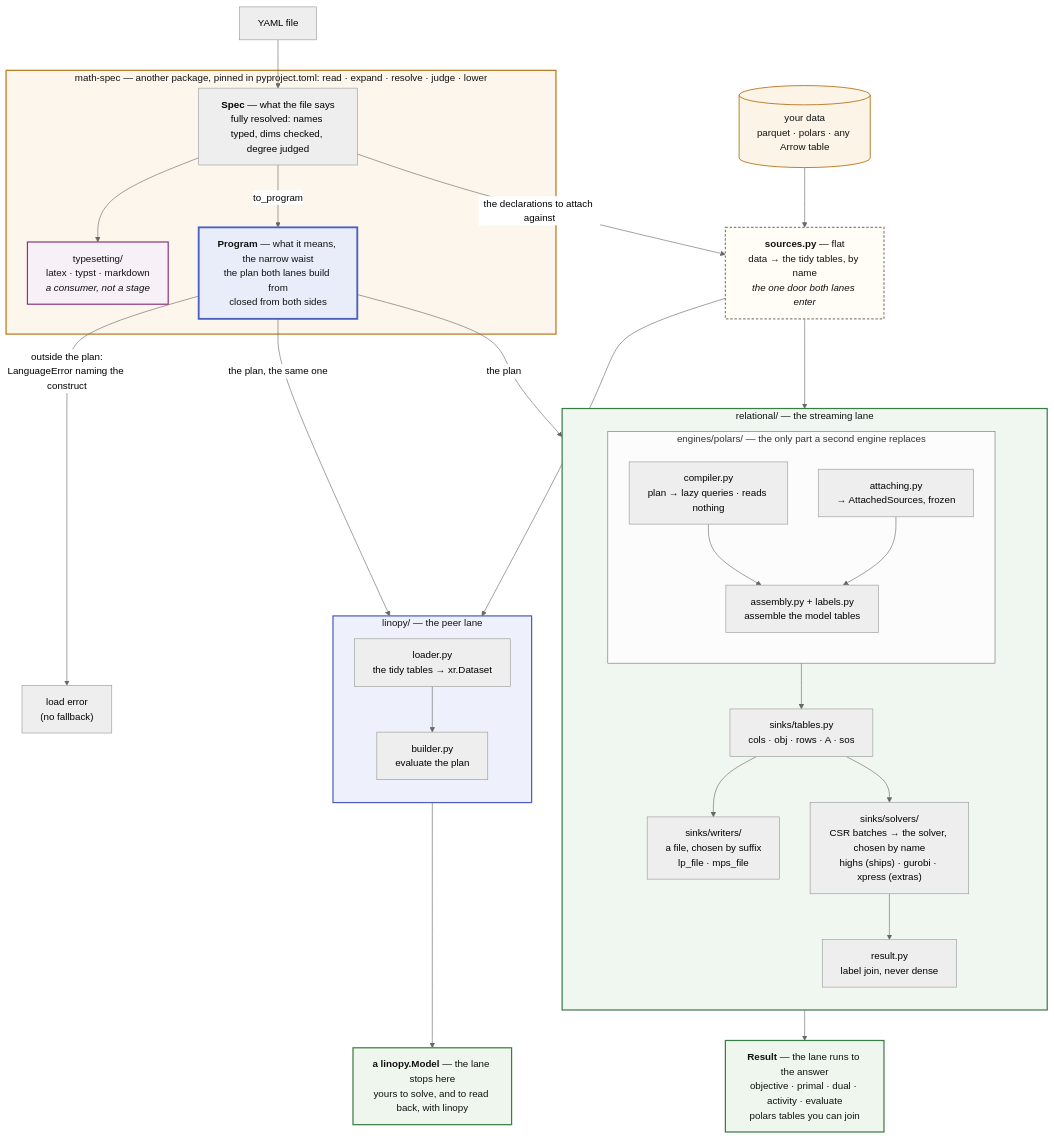
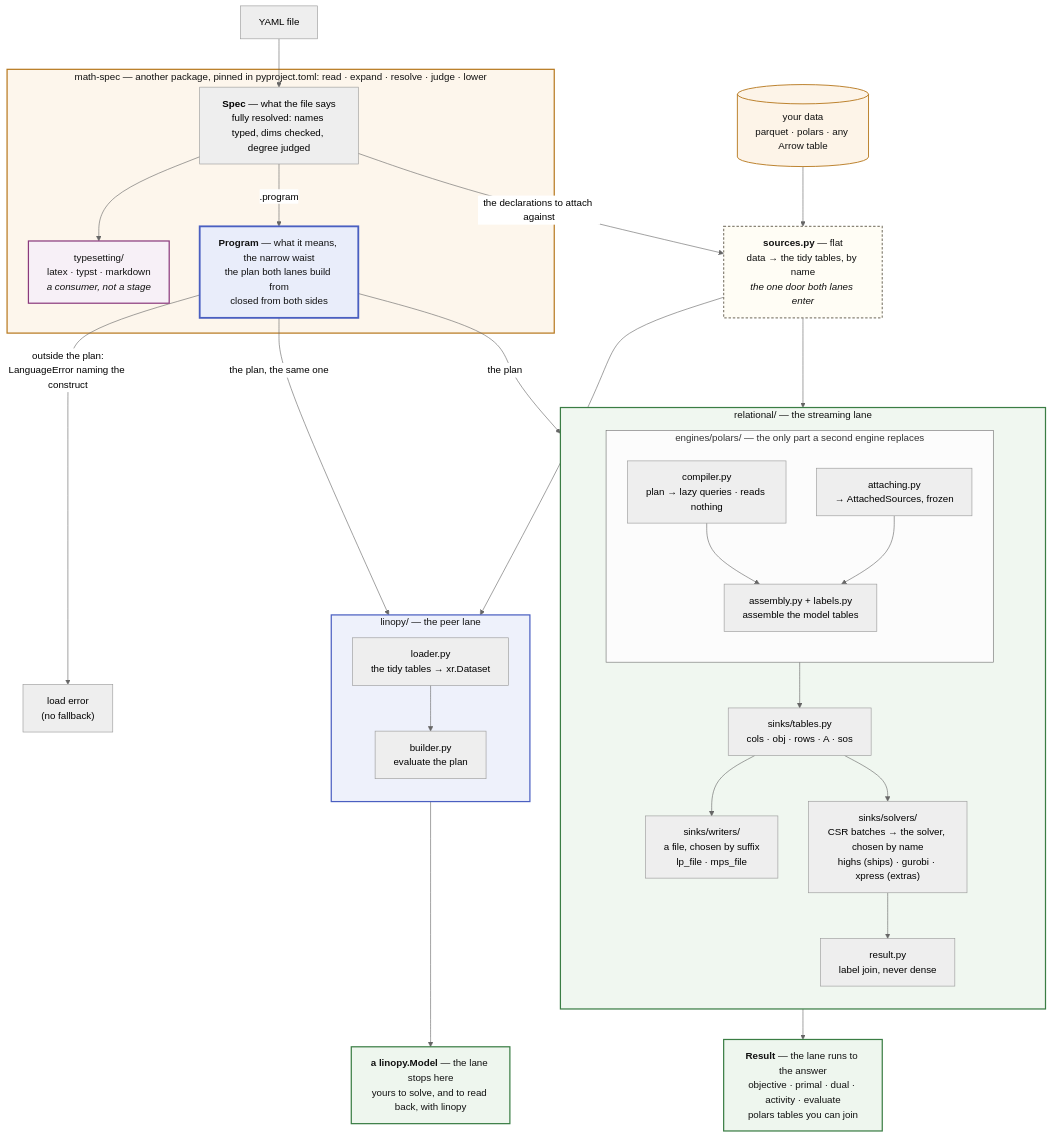
The first of 2 diagrams in docs/about/architecture.md (fluxopt/lpspec), drawn with Mermaid (neutral theme) before and after one commit. The commit also changed other lines of this file and 32 other files, not shown here.

First line of the commit message:
build(deps): math-spec 0.0.0-alpha.121, where a model carries its own program and nothing is expanded unasked (#1722)

````diff
--- a/docs/about/architecture.md
+++ b/docs/about/architecture.md
@@ -59,59 +59,59 @@
 ```mermaid
 flowchart TB
     Y[YAML file] --> SPEC
     DATA[("your data<br/>parquet · polars · any Arrow table")] --> SRC
 
     subgraph MS["math-spec — another package, pinned in pyproject.toml: read · expand · resolve · judge · lower"]
         SPEC["<b>Spec</b> — what the file says<br/>fully resolved: names typed, dims checked, degree judged"]
         SPEC --> TS["typesetting/<br/>latex · typst · markdown<br/><i>a consumer, not a stage</i>"]
-        SPEC -->|"to_program"| PLAN["<b>Program</b> — what it means, the narrow waist<br/>the plan both lanes build from<br/>closed from both sides"]
+        SPEC -->|".program"| PLAN["<b>Program</b> — what it means, the narrow waist<br/>the plan both lanes build from<br/>closed from both sides"]
     end
 
     SPEC -->|"the declarations to attach against"| SRC
     SRC["<b>sources.py</b> — flat<br/>data → the tidy tables, by name<br/><i>the one door both lanes enter</i>"]
 
     PLAN -->|"outside the plan:<br/>LanguageError naming the construct"| ERR["load error<br/>(no fallback)"]
     PLAN -->|"the plan"| COMP
     SRC --> ATTACH
     PLAN -->|"the plan, the same one"| BUILD
     SRC --> LOAD
 
     subgraph REL["relational/ — the streaming lane"]
         direction TB
         subgraph ENG["engines/polars/ — the only part a second engine replaces"]
             direction TB
             COMP["compiler.py<br/>plan → lazy queries · reads nothing"] --> ENGINE
             ATTACH["attaching.py<br/>→ AttachedSources, frozen"] --> ENGINE["assembly.py + labels.py<br/>assemble the model tables"]
         end
         ENG --> TABLES["sinks/tables.py<br/>cols · obj · rows · A · sos"]
         TABLES --> LPS["sinks/writers/<br/>a file, chosen by suffix<br/>lp_file · mps_file"]
         TABLES --> DIRECT["sinks/solvers/<br/>CSR batches → the solver, chosen by name<br/>highs (ships) · gurobi · xpress (extras)"]
         DIRECT --> SOL["result.py<br/>label join, never dense"]
     end
 
     SOL --> ANS["<b>Result</b> — the lane runs to the answer<br/>objective · primal · dual · activity · evaluate<br/>polars tables you can join"]
 
     subgraph LIN["linopy/ — the peer lane"]
         direction TB
         LOAD["loader.py<br/>the tidy tables → xr.Dataset"] --> BUILD["builder.py<br/>evaluate the plan"]
     end
 
     BUILD --> MODEL["<b>a linopy.Model</b> — the lane stops here<br/>yours to solve, and to read back, with linopy"]
 
     classDef laneL fill:#fdf6ec,stroke:#b7791f,stroke-width:2px,color:#111
     classDef laneR fill:#f0f7f0,stroke:#3a7d44,stroke-width:2px,color:#111
     classDef laneE fill:#eef1fb,stroke:#4a5fc1,stroke-width:2px,color:#111
     classDef laneT fill:#f7f0f7,stroke:#8b3a7d,stroke-width:2px,color:#111
     classDef waist fill:#e9edfa,stroke:#4a5fc1,stroke-width:3px,color:#111
     classDef flat fill:#fffdf5,stroke:#8a8578,stroke-width:2px,stroke-dasharray:4 3,color:#111
     classDef data fill:#fdf4e8,stroke:#b7791f,stroke-width:1.5px,color:#111
     classDef out fill:#eef6ee,stroke:#3a7d44,stroke-width:2px,color:#111
     class MS laneL
     class REL laneR
     class LIN laneE
     class TS laneT
     class PLAN waist
     class SRC flat
     class DATA data
     class ANS,MODEL out
 ```
````
